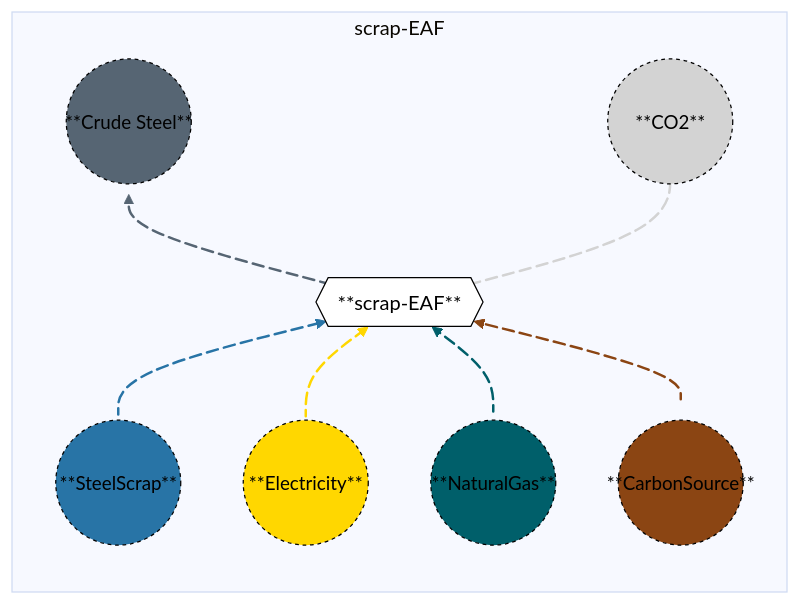
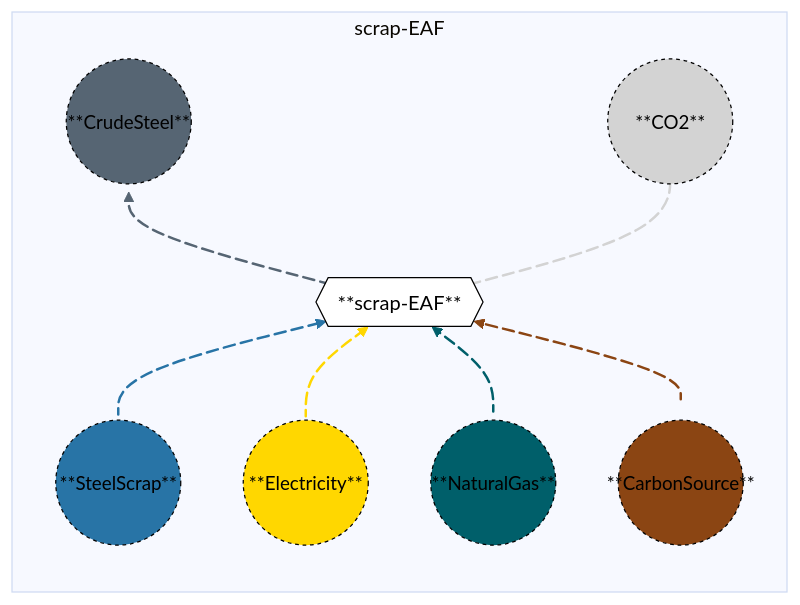
The diagram in docs/src/Manual/assets/standalonelectricarcfurance.md (acheng1757/MacroEnergy-Abbie.jl), drawn with Mermaid before and after one commit.

Commit message:
Fix formatting of 'Crude Steel' to 'CrudeSteel'

````diff
--- a/docs/src/Manual/assets/standalonelectricarcfurance.md
+++ b/docs/src/Manual/assets/standalonelectricarcfurance.md
@@ -25,36 +25,36 @@
 ```mermaid
 %%{init: {'theme': 'base', 'themeVariables': { 'background': '#D1EBDE' }}}%%
 flowchart BT
   subgraph scrap-EAF
   direction BT
     A1(("**SteelScrap**")) e1@-->B{{"**scrap-EAF**"}}
     A2(("**Electricity**")) e2@-->B{{"**scrap-EAF**"}}
     A3(("**NaturalGas**")) e3@-->B{{"**scrap-EAF**"}}
     A4(("**CarbonSource**")) e4@-->B{{"**scrap-EAF**"}}
-    B{{"**scrap-EAF**"}} e5@-->C1(("**Crude Steel**"))
+    B{{"**scrap-EAF**"}} e5@-->C1(("**CrudeSteel**"))
     B{{"**scrap-EAF**"}} e6@-->C2(("**CO2**"))
 
     e1@{ animate: true }
     e2@{ animate: true }
     e3@{ animate: true }
     e4@{ animate: true }
     e5@{ animate: true }
     e6@{ animate: true }
  end
     style A1 font-size:15px,r:50px,fill:#2874A6,stroke:black,color:black,stroke-dasharray: 3,5;
     style A2 font-size:15px,r:50px,fill:#FFD700,stroke:black,color:black,stroke-dasharray: 3,5;
     style A3 font-size:15px,r:50px,fill:#005F6A,stroke:black,color:black,stroke-dasharray: 3,5;
     style A4 font-size:15px,r:50px,fill:#8B4513,stroke:black,color:black,stroke-dasharray: 3,5;
 
     style B fill:white,stroke:black,color:black;
     style C1 font-size:15px,r:50px,fill:#566573,stroke:black,color:black,stroke-dasharray: 3,5;
     style C2 font-size:15px,r:50px,fill:lightgray,stroke:black,color:black,stroke-dasharray: 3,5;
 
     linkStyle 0 stroke:#2874A6, stroke-width: 2px;
     linkStyle 1 stroke:#FFD700, stroke-width: 2px;
     linkStyle 2 stroke:#005F6A, stroke-width: 2px;
     linkStyle 3 stroke:#8B4513, stroke-width: 2px;
     linkStyle 4 stroke:#566573, stroke-width: 2px;
     linkStyle 5 stroke:lightgray, stroke-width: 2px
 
 ```
````
